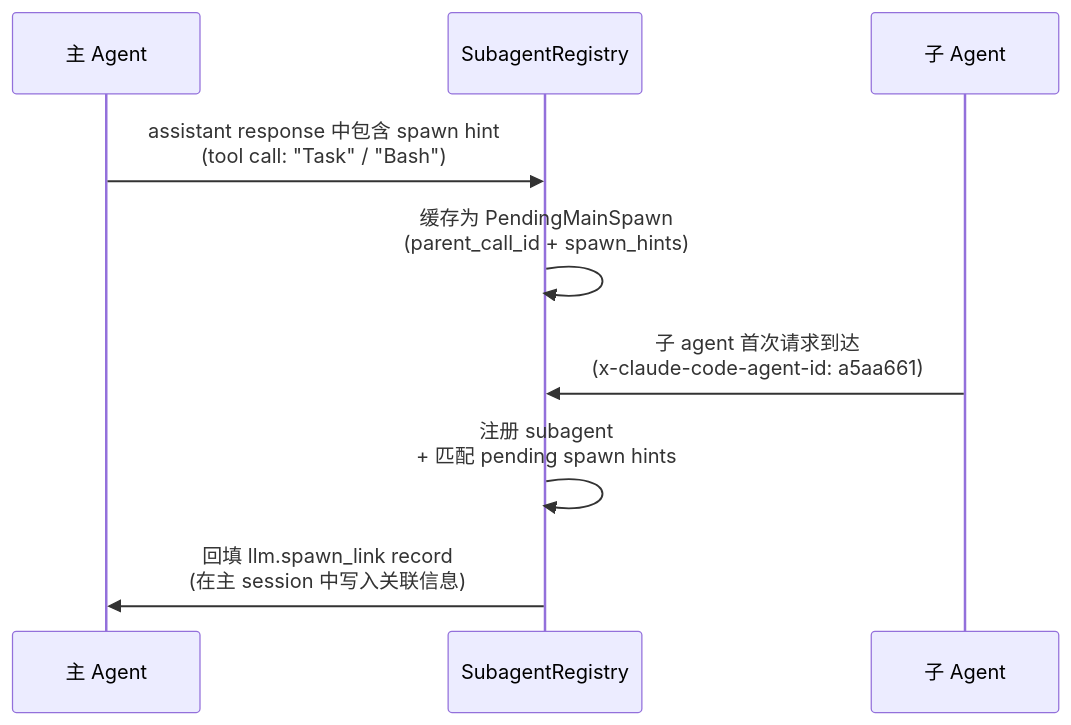
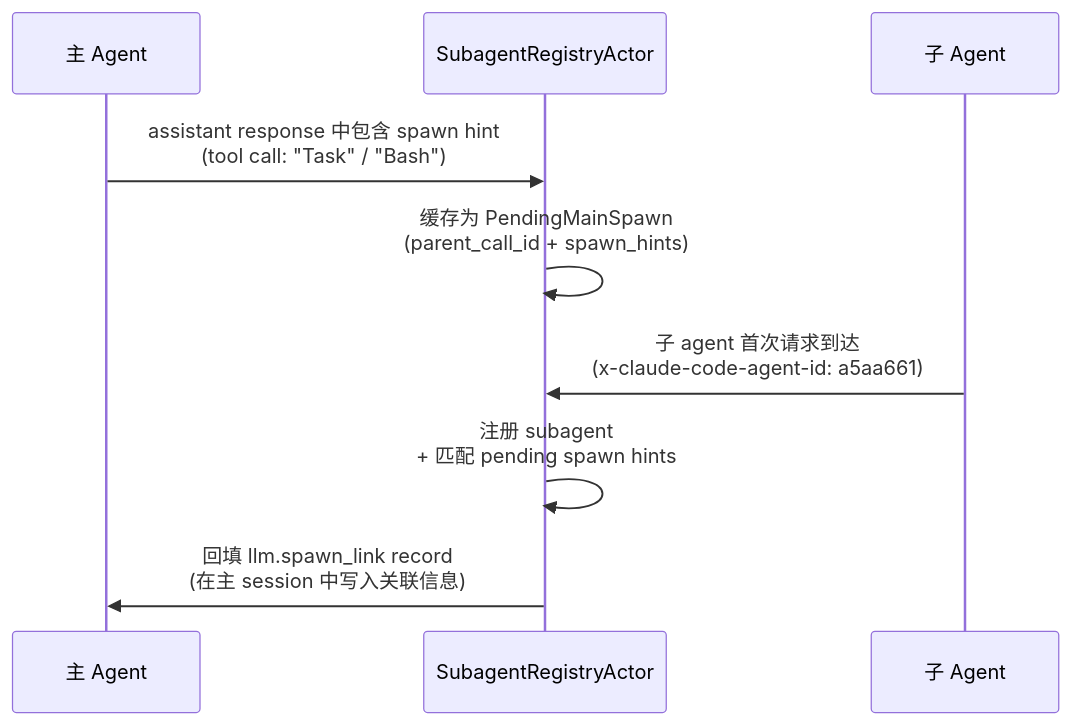
Before and after one commit to DeepLink-org/Persisting: the fifth of 5 diagrams in docs/src/design/capture_design.zh.md, drawn with Mermaid. The commit also changed other lines of this file and 41 other files, not shown here.

````diff
--- a/docs/src/design/capture_design.zh.md
+++ b/docs/src/design/capture_design.zh.md
@@ -579,14 +647,14 @@
 ```mermaid
 sequenceDiagram
     participant Main as 主 Agent
-    participant Registry as SubagentRegistry
+    participant Registry as SubagentRegistryActor
     participant Sub as 子 Agent
 
     Main->>Registry: assistant response 中包含 spawn hint<br/>(tool call: "Task" / "Bash")
     Registry->>Registry: 缓存为 PendingMainSpawn<br/>(parent_call_id + spawn_hints)
     
     Sub->>Registry: 子 agent 首次请求到达<br/>(x-claude-code-agent-id: a5aa661)
     Registry->>Registry: 注册 subagent<br/>+ 匹配 pending spawn hints
     
     Registry->>Main: 回填 llm.spawn_link record<br/>(在主 session 中写入关联信息)
 ```
````
